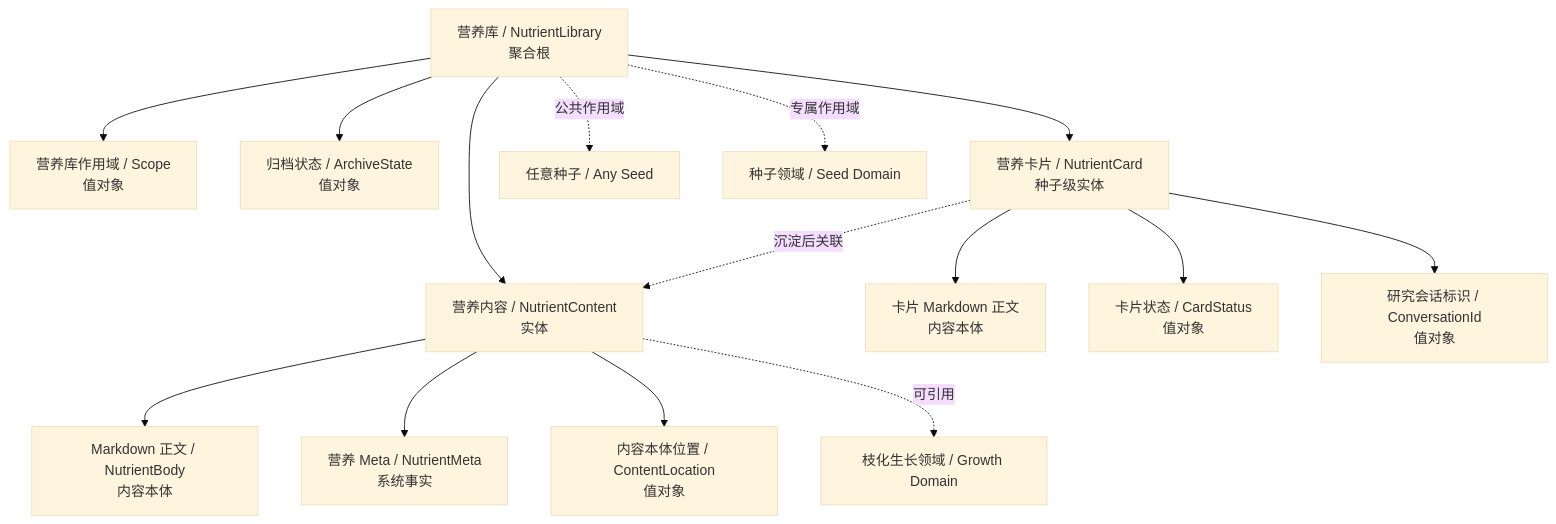
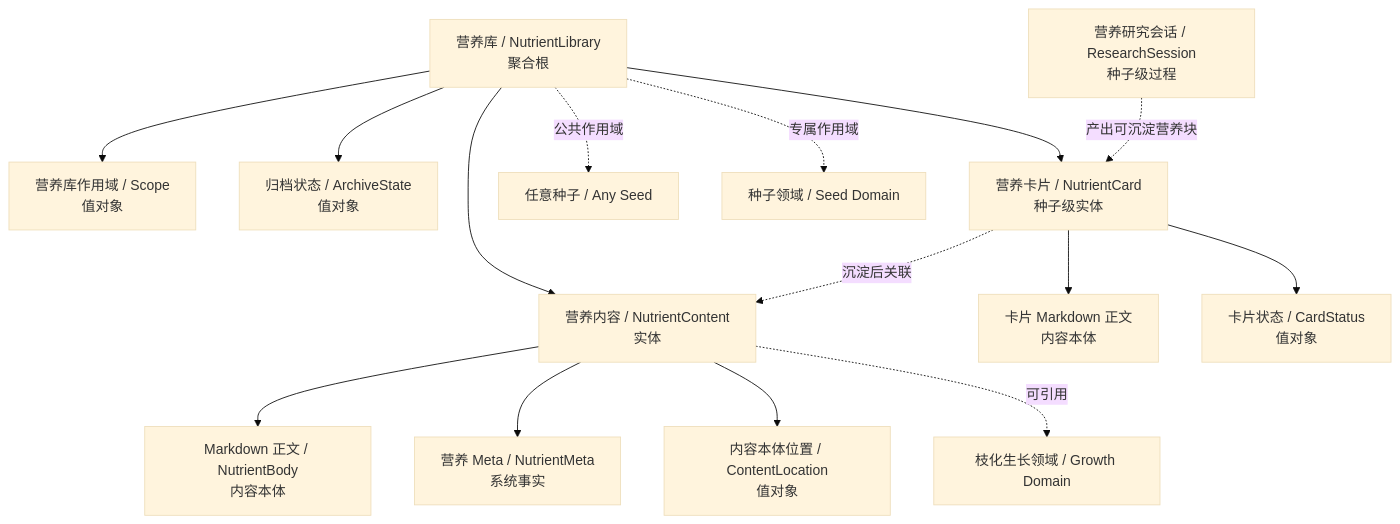
Before and after one commit to Time-Machine-Lab/ContentForest: the first of 5 diagrams in docs/design/domain/营养库领域模块设计文档.md, drawn with Mermaid (base theme). The commit also changed other lines of this file and 90 other files, not shown here.

````diff
--- a/docs/design/domain/营养库领域模块设计文档.md
+++ b/docs/design/domain/营养库领域模块设计文档.md
@@ -33,17 +33,17 @@
 ```mermaid
 graph TD
     Library["营养库 / NutrientLibrary<br/>聚合根"] --> Scope["营养库作用域 / Scope<br/>值对象"]
     Library --> LibraryState["归档状态 / ArchiveState<br/>值对象"]
     Library --> NutrientContent["营养内容 / NutrientContent<br/>实体"]
     Library --> NutrientCard["营养卡片 / NutrientCard<br/>种子级实体"]
     NutrientContent --> NutrientBody["Markdown 正文 / NutrientBody<br/>内容本体"]
     NutrientContent --> NutrientMeta["营养 Meta / NutrientMeta<br/>系统事实"]
     NutrientCard --> CardBody["卡片 Markdown 正文<br/>内容本体"]
     NutrientCard --> CardState["卡片状态 / CardStatus<br/>值对象"]
-    NutrientCard --> Conversation["研究会话标识 / ConversationId<br/>值对象"]
     NutrientCard -.沉淀后关联.-> NutrientContent
+    ResearchSession["营养研究会话 / ResearchSession<br/>种子级过程"] -.产出可沉淀营养块.-> NutrientCard
     NutrientContent --> ContentLocation["内容本体位置 / ContentLocation<br/>值对象"]
     Library -.公共作用域.-> AnySeed["任意种子 / Any Seed"]
     Library -.专属作用域.-> SeedDomain["种子领域 / Seed Domain"]
     NutrientContent -.可引用.-> GrowthDomain["枝化生长领域 / Growth Domain"]
 ```
````
